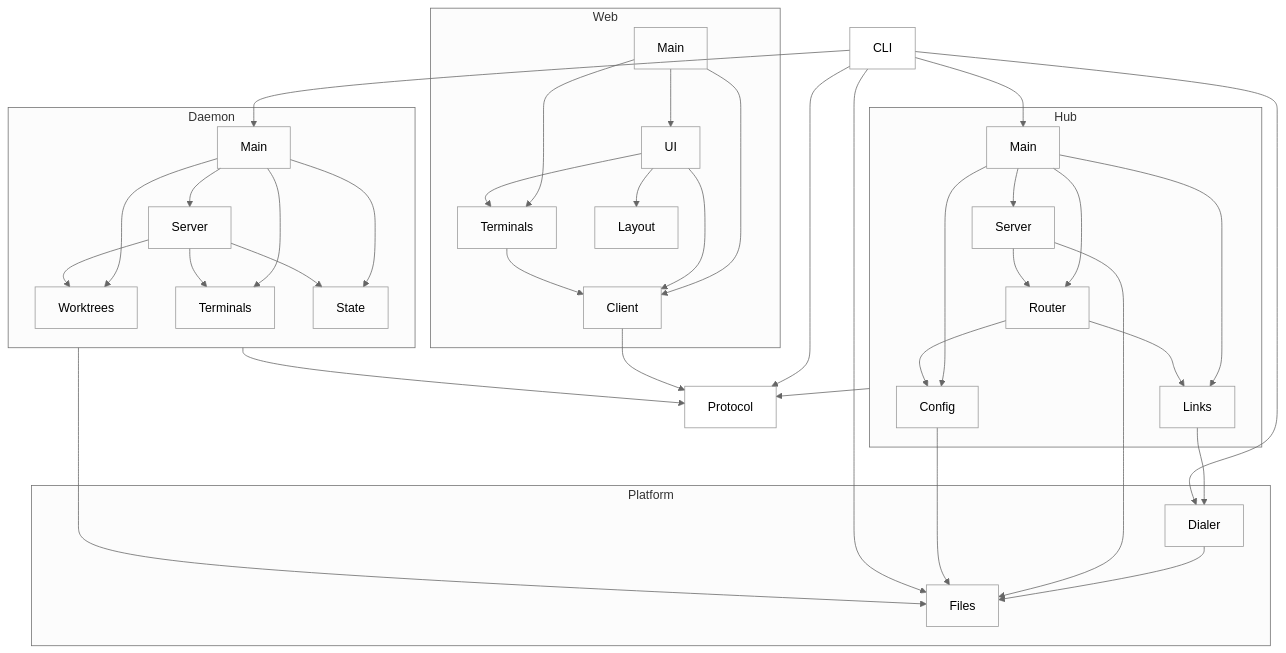
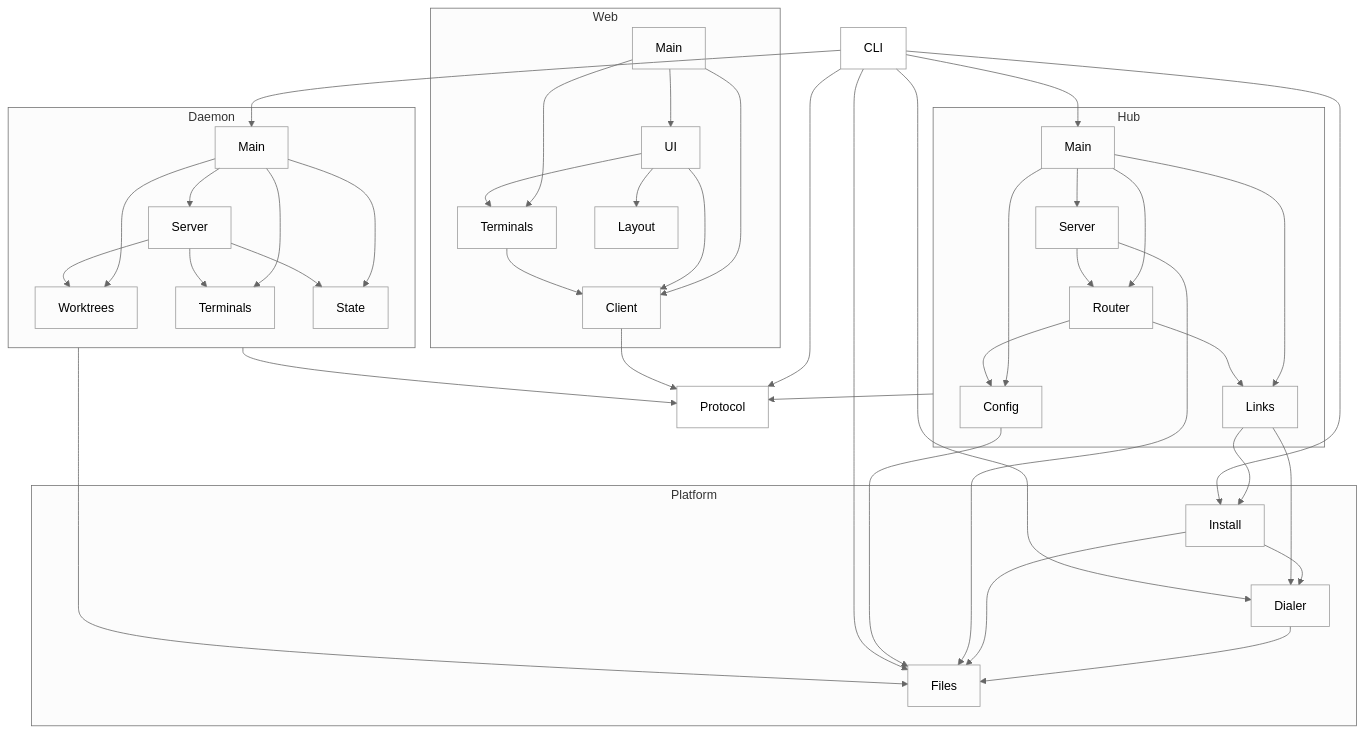
The diagram in architecture/system.arc42.md (MotleyAI/worktree-term), drawn with Mermaid (neutral theme) before and after one commit. The commit also changed 51 other files, not shown here.

Commit message:
DEV-2054 PR 5: failing tests for remote hosts, installers, repo management and host status; platform.install in the model; probe outcomes (old Node on the plain PATH passed over)

````diff
--- a/architecture/system.arc42.md
+++ b/architecture/system.arc42.md
@@ -12,67 +12,72 @@
 ```mermaid
 flowchart TD
   %% system: worktree-term
   protocol["Protocol"]
   subgraph platform["Platform"]
     platform__files["Files"]
     platform__dialer["Dialer"]
+    platform__install["Install"]
   end
   subgraph daemon["Daemon"]
     daemon__worktrees["Worktrees"]
     daemon__terminals["Terminals"]
     daemon__state["State"]
     daemon__server["Server"]
     daemon__main["Main"]
   end
   subgraph hub["Hub"]
     hub__server["Server"]
     hub__links["Links"]
     hub__config["Config"]
     hub__router["Router"]
     hub__main["Main"]
   end
   cli["CLI"]
   subgraph web["Web"]
     web__client["Client"]
     web__terminals["Terminals"]
     web__layout["Layout"]
     web__ui["UI"]
     web__main["Main"]
   end
   platform__dialer --> platform__files
+  platform__install --> platform__files
+  platform__install --> platform__dialer
   daemon --> protocol
   daemon --> platform__files
   daemon__main --> daemon__server
   daemon__main --> daemon__worktrees
   daemon__main --> daemon__terminals
   daemon__main --> daemon__state
   daemon__server --> daemon__worktrees
   daemon__server --> daemon__terminals
   daemon__server --> daemon__state
   hub --> protocol
   hub__server --> platform__files
   hub__config --> platform__files
   hub__links --> platform__dialer
+  hub__links --> platform__install
   hub__main --> hub__server
   hub__main --> hub__router
   hub__main --> hub__links
   hub__main --> hub__config
   hub__server --> hub__router
   hub__router --> hub__links
   hub__router --> hub__config
   cli --> daemon__main
   cli --> hub__main
   cli --> platform__files
   cli --> platform__dialer
+  cli --> platform__install
   cli --> protocol
   web__client --> protocol
   web__main --> web__ui
   web__main --> web__client
   web__main --> web__terminals
   web__ui --> web__client
   web__ui --> web__terminals
   web__ui --> web__layout
   web__terminals --> web__client
   classDef leaf fill:none;
-  class protocol,platform__files,platform__dialer,daemon__worktrees,daemon__terminals,daemon__state,daemon__server,daemon__main,hub__server,hub__links,hub__config,hub__router,hub__main,cli,web__client,web__terminals,web__layout,web__ui,web__main leaf;
+  class protocol,platform__files,platform__dialer,platform__install,daemon__worktrees,daemon__terminals,daemon__state,daemon__server,daemon__main,hub__server,hub__links,hub__config,hub__router,hub__main,cli,web__client,web__terminals,web__layout,web__ui,web__main leaf;
 ```
````
